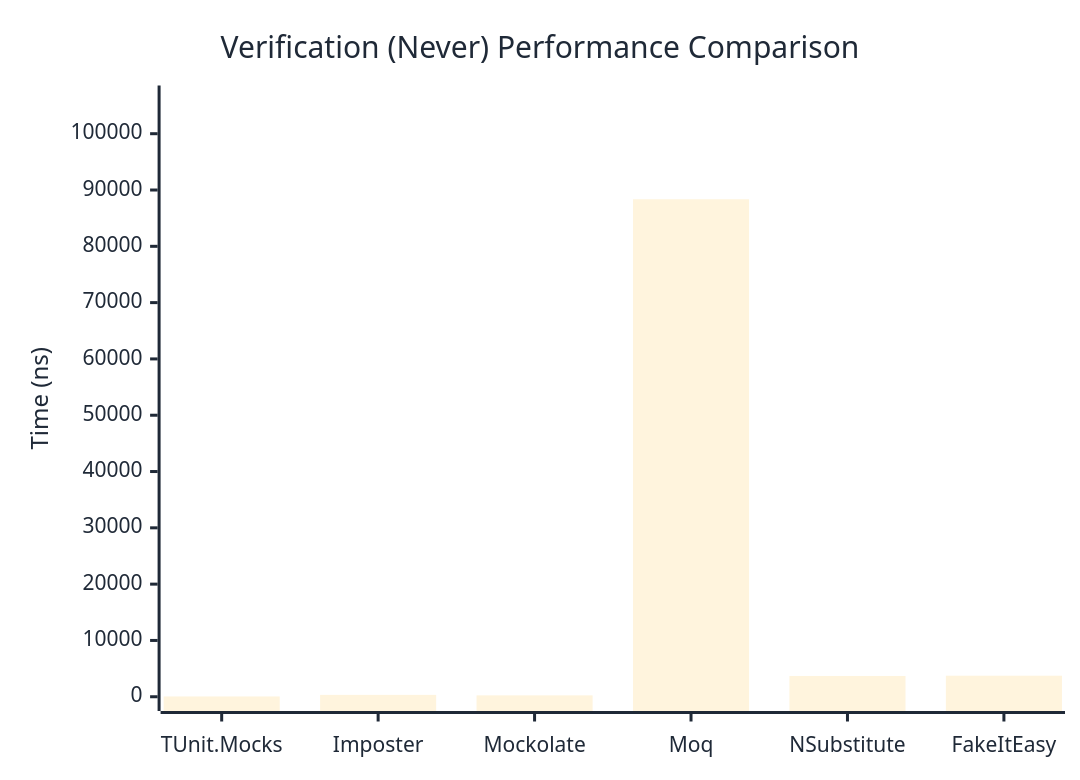
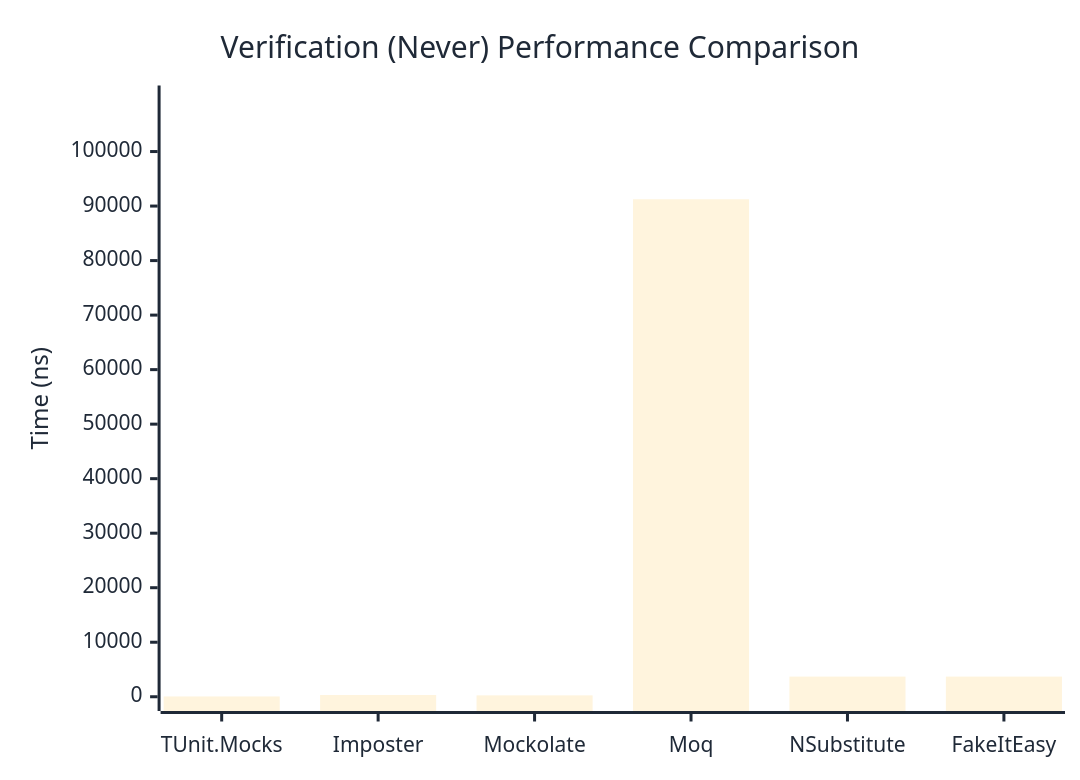
The second of 3 diagrams in docs/docs/benchmarks/mocks/Verification.md (thomhurst/TUnit), drawn with Mermaid before and after one commit. The commit also changed other lines of this file and 14 other files, not shown here.

````diff
--- a/docs/docs/benchmarks/mocks/Verification.md
+++ b/docs/docs/benchmarks/mocks/Verification.md
@@ -71,27 +71,27 @@
 ```mermaid
 %%{init: {
   'theme':'base',
   'themeVariables': {
     'primaryColor': '#2563eb',
     'primaryTextColor': '#1f2937',
     'primaryBorderColor': '#1e40af',
     'lineColor': '#6b7280',
     'secondaryColor': '#7c3aed',
     'tertiaryColor': '#dc2626',
     'background': '#ffffff',
     'pie1': '#2563eb',
     'pie2': '#7c3aed',
     'pie3': '#dc2626',
     'pie4': '#f59e0b',
     'pie5': '#10b981',
     'pie6': '#06b6d4',
     'pie7': '#ec4899',
     'pie8': '#6366f1'
   }
 }}%%
 xychart-beta
   title "Verification (Never) Performance Comparison"
   x-axis ["TUnit.Mocks", "Imposter", "Mockolate", "Moq", "NSubstitute", "FakeItEasy"]
-  y-axis "Time (ns)" 0 --> 106031
-  bar [53.41, 331.63, 245.3, 88358.65, 3693.97, 3737.11]
+  y-axis "Time (ns)" 0 --> 109500
+  bar [53.42, 321.12, 252.38, 91249.32, 3697.83, 3696.76]
 ```
````
